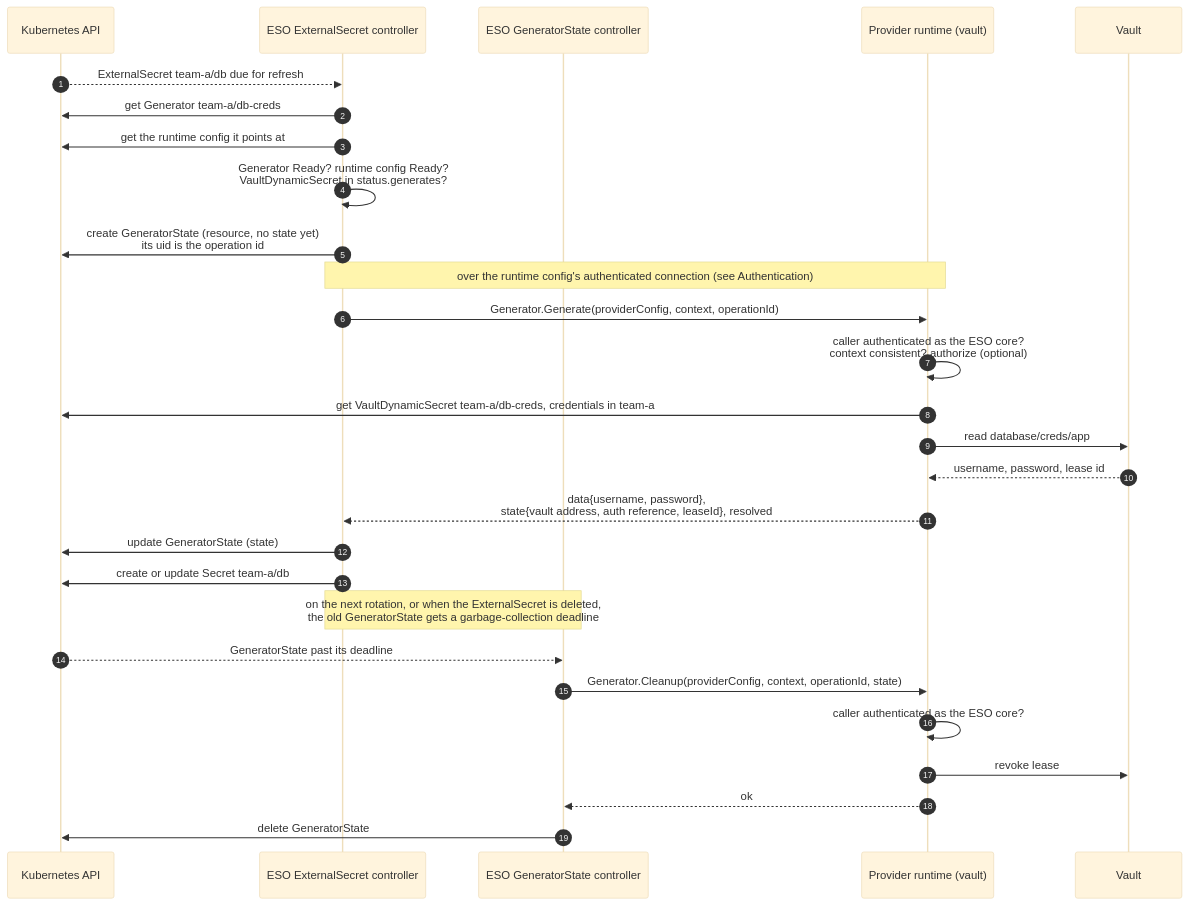
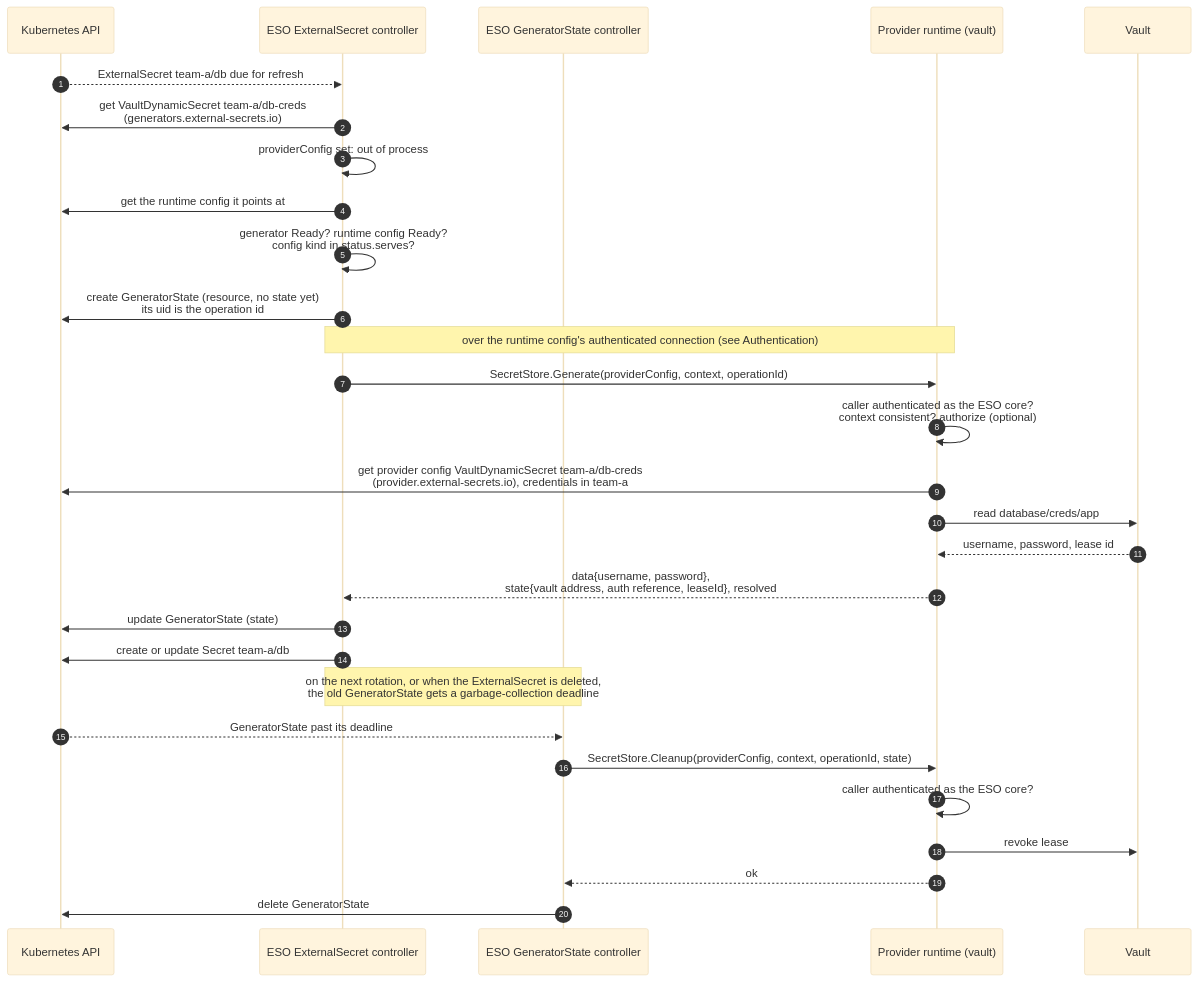
The fifth of 6 diagrams in design/014/PROTOCOL.md (external-secrets/external-secrets), drawn with Mermaid (base theme) before and after one commit. The commit also changed other lines of this file and 4 other files, not shown here.

````diff
--- a/design/014/PROTOCOL.md
+++ b/design/014/PROTOCOL.md
@@ -386,31 +396,32 @@
 ```mermaid
 sequenceDiagram
     autonumber
     participant K as Kubernetes API
     participant EC as ESO ExternalSecret controller
     participant GC as ESO GeneratorState controller
     participant P as Provider runtime (vault)
     participant B as Vault
 
     K-->>EC: ExternalSecret team-a/db due for refresh
-    EC->>K: get Generator team-a/db-creds
+    EC->>K: get VaultDynamicSecret team-a/db-creds<br/>(generators.external-secrets.io)
+    EC->>EC: providerConfig set: out of process
     EC->>K: get the runtime config it points at
-    EC->>EC: Generator Ready? runtime config Ready?<br/>VaultDynamicSecret in status.generates?
+    EC->>EC: generator Ready? runtime config Ready?<br/>config kind in status.serves?
     EC->>K: create GeneratorState (resource, no state yet)<br/>its uid is the operation id
     Note over EC,P: over the runtime config's authenticated connection (see Authentication)
-    EC->>P: Generator.Generate(providerConfig, context, operationId)
+    EC->>P: SecretStore.Generate(providerConfig, context, operationId)
     P->>P: caller authenticated as the ESO core?<br/>context consistent? authorize (optional)
-    P->>K: get VaultDynamicSecret team-a/db-creds, credentials in team-a
+    P->>K: get provider config VaultDynamicSecret team-a/db-creds<br/>(provider.external-secrets.io), credentials in team-a
     P->>B: read database/creds/app
     B-->>P: username, password, lease id
     P-->>EC: data{username, password},<br/>state{vault address, auth reference, leaseId}, resolved
     EC->>K: update GeneratorState (state)
     EC->>K: create or update Secret team-a/db
     Note over EC,GC: on the next rotation, or when the ExternalSecret is deleted,<br/>the old GeneratorState gets a garbage-collection deadline
     K-->>GC: GeneratorState past its deadline
-    GC->>P: Generator.Cleanup(providerConfig, context, operationId, state)
+    GC->>P: SecretStore.Cleanup(providerConfig, context, operationId, state)
     P->>P: caller authenticated as the ESO core?
     P->>B: revoke lease
     P-->>GC: ok
     GC->>K: delete GeneratorState
 ```
````
